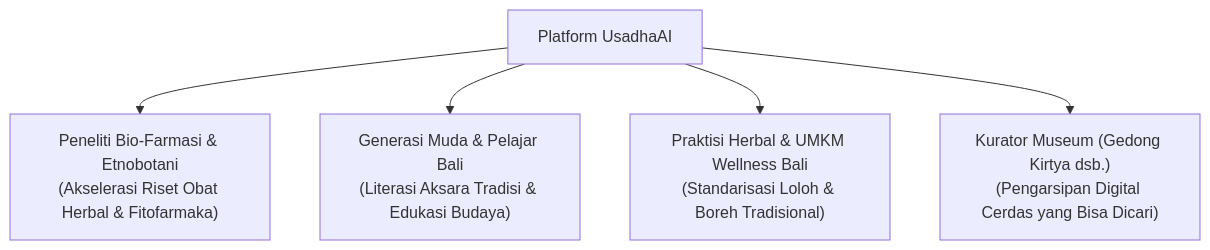
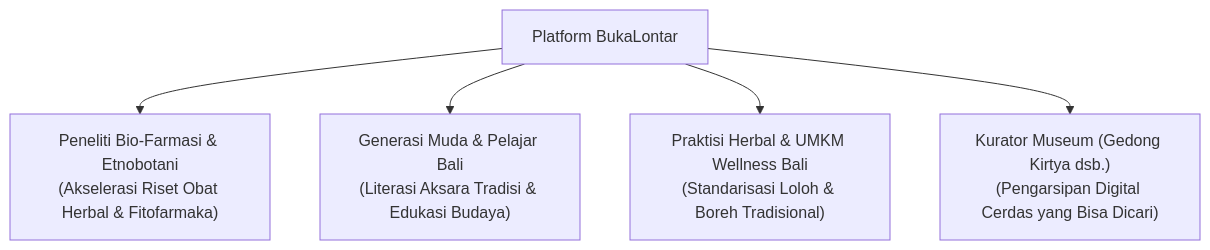
The second of 2 diagrams in docs/PROJECT_CONCEPT.md (0xMinomus/bukalontar), drawn with Mermaid before and after one commit. The commit also changed other lines of this file and 26 other files, not shown here.

Commit message:
refactor: rename product to BukaLontar

````diff
--- a/docs/PROJECT_CONCEPT.md
+++ b/docs/PROJECT_CONCEPT.md
@@ -82,7 +82,7 @@
 ```mermaid
 graph TD
-    UsadhaAI["Platform UsadhaAI"] --> U1["Peneliti Bio-Farmasi & Etnobotani<br/>(Akselerasi Riset Obat Herbal & Fitofarmaka)"]
-    UsadhaAI --> U2["Generasi Muda & Pelajar Bali<br/>(Literasi Aksara Tradisi & Edukasi Budaya)"]
-    UsadhaAI --> U3["Praktisi Herbal & UMKM Wellness Bali<br/>(Standarisasi Loloh & Boreh Tradisional)"]
-    UsadhaAI --> U4["Kurator Museum (Gedong Kirtya dsb.)<br/>(Pengarsipan Digital Cerdas yang Bisa Dicari)"]
+    BukaLontar["Platform BukaLontar"] --> U1["Peneliti Bio-Farmasi & Etnobotani<br/>(Akselerasi Riset Obat Herbal & Fitofarmaka)"]
+    BukaLontar --> U2["Generasi Muda & Pelajar Bali<br/>(Literasi Aksara Tradisi & Edukasi Budaya)"]
+    BukaLontar --> U3["Praktisi Herbal & UMKM Wellness Bali<br/>(Standarisasi Loloh & Boreh Tradisional)"]
+    BukaLontar --> U4["Kurator Museum (Gedong Kirtya dsb.)<br/>(Pengarsipan Digital Cerdas yang Bisa Dicari)"]
 ```
````
